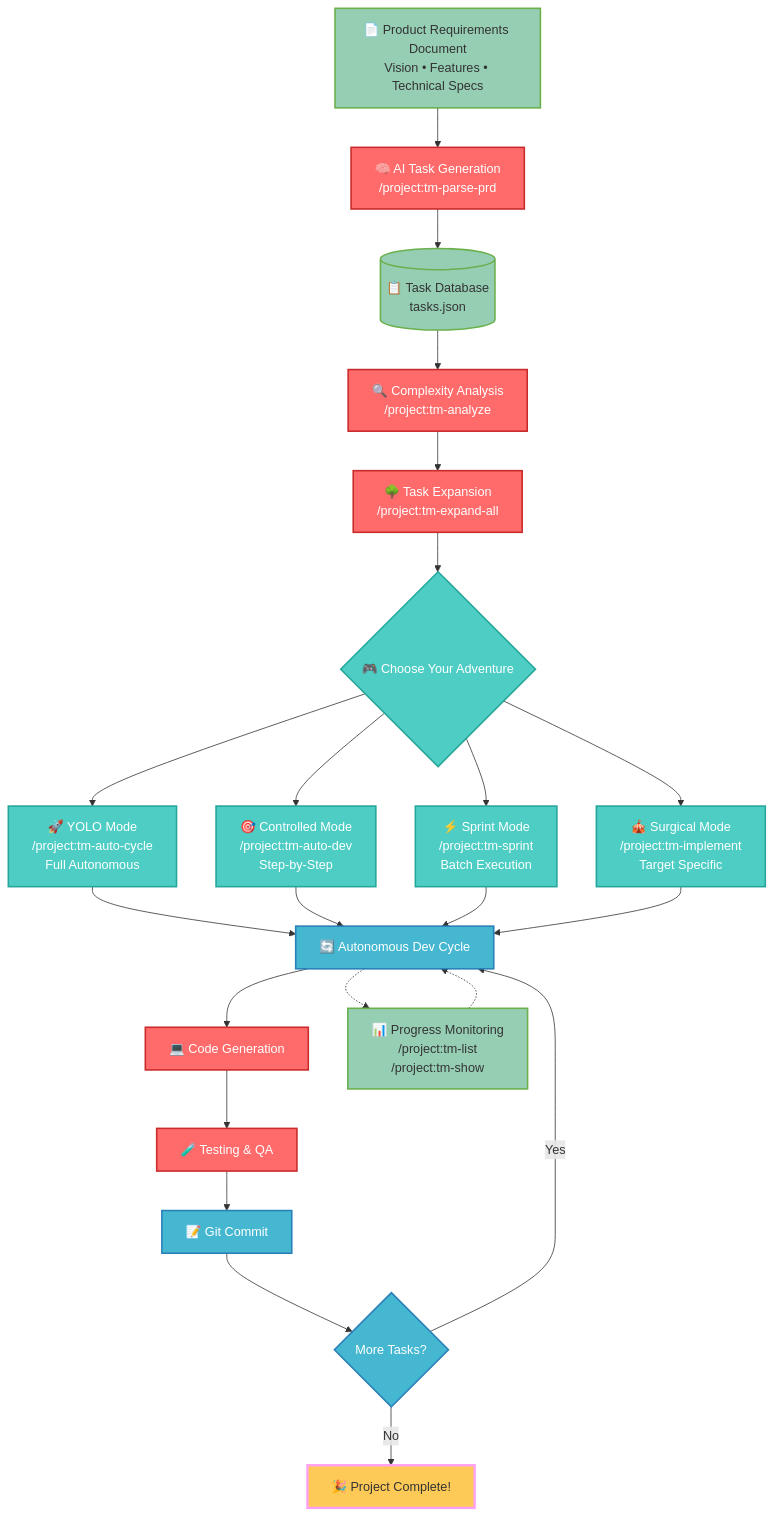
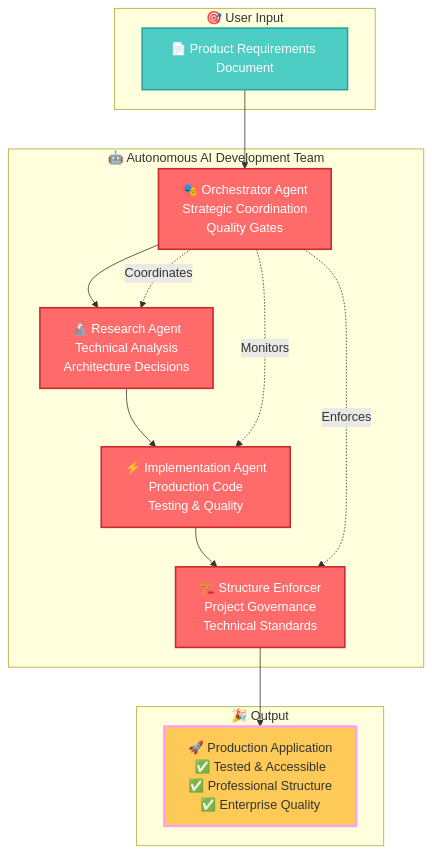
Before and after one commit to vanzan01/claude-code-sub-agent-collective: the first of 2 diagrams in README.md, drawn with Mermaid. The commit also changed other lines of this file and 84 other files, not shown here.

First line of the commit message:
Alpha Release v1.0.0-alpha: World's First Autonomous AI Development Team

````diff
--- a/README.md
+++ b/README.md
@@ -69,51 +29,35 @@
 ```mermaid
-flowchart TB
-    %% Input & Setup
-    PRD[📄 Product Requirements Document<br/>Vision • Features • Technical Specs]
+graph TB
+    subgraph "🎯 User Input"
+        PRD[📄 Product Requirements Document]
+    end
     
-    %% Core TaskMaster MCP Flow
-    PRD --> Parse[🧠 AI Task Generation<br/>/project:tm-parse-prd]
-    Parse --> Tasks[(📋 Task Database<br/>tasks.json)]
+    subgraph "🤖 Autonomous AI Development Team"
+        Orchestrator[🎭 Orchestrator Agent<br/>Strategic Coordination<br/>Quality Gates]
+        Research[🔬 Research Agent<br/>Technical Analysis<br/>Architecture Decisions]
+        Implementation[⚡ Implementation Agent<br/>Production Code<br/>Testing & Quality]
+        Structure[🏗️ Structure Enforcer<br/>Project Governance<br/>Technical Standards]
+    end
     
-    Tasks --> Analyze[🔍 Complexity Analysis<br/>/project:tm-analyze]
-    Analyze --> Expand[🌳 Task Expansion<br/>/project:tm-expand-all]
+    subgraph "🎉 Output"
+        App[🚀 Production Application<br/>✅ Tested & Accessible<br/>✅ Professional Structure<br/>✅ Enterprise Quality]
+    end
     
-    %% Engagement Modes
-    Expand --> Gateway{🎮 Choose Your Adventure}
+    PRD --> Orchestrator
+    Orchestrator --> Research
+    Research --> Implementation
+    Implementation --> Structure
+    Structure --> App
     
-    Gateway --> YOLO[🚀 YOLO Mode<br/>/project:tm-auto-cycle<br/>Full Autonomous]
-    Gateway --> Controlled[🎯 Controlled Mode<br/>/project:tm-auto-dev<br/>Step-by-Step]
-    Gateway --> Sprint[⚡ Sprint Mode<br/>/project:tm-sprint<br/>Batch Execution]
-    Gateway --> Surgical[🎪 Surgical Mode<br/>/project:tm-implement<br/>Target Specific]
+    Orchestrator -.->|Coordinates| Research
+    Orchestrator -.->|Monitors| Implementation
+    Orchestrator -.->|Enforces| Structure
     
-    %% Development Cycle
-    YOLO --> DevCycle[🔄 Autonomous Dev Cycle]
-    Controlled --> DevCycle
-    Sprint --> DevCycle
-    Surgical --> DevCycle
+    classDef agent fill:#ff6b6b,stroke:#c92a2a,stroke-width:2px,color:#fff
+    classDef input fill:#4ecdc4,stroke:#26a69a,stroke-width:2px,color:#fff
+    classDef output fill:#feca57,stroke:#ff9ff3,stroke-width:3px,color:#333
     
-    DevCycle --> CodeGen[💻 Code Generation]
-    CodeGen --> Tests[🧪 Testing & QA]
-    Tests --> Commit[📝 Git Commit]
-    Commit --> NextTask{More Tasks?}
-    
-    NextTask -->|Yes| DevCycle
-    NextTask -->|No| Complete[🎉 Project Complete!]
-    
-    %% Monitoring & Control
-    DevCycle -.-> Monitor[📊 Progress Monitoring<br/>/project:tm-list<br/>/project:tm-show]
-    Monitor -.-> DevCycle
-    
-    %% Styling
-    classDef aiProcess fill:#ff6b6b,stroke:#c92a2a,stroke-width:2px,color:#fff
-    classDef userChoice fill:#4ecdc4,stroke:#26a69a,stroke-width:2px,color:#fff
-    classDef automation fill:#45b7d1,stroke:#2980b9,stroke-width:2px,color:#fff
-    classDef data fill:#96ceb4,stroke:#6ab04c,stroke-width:2px,color:#333
-    classDef complete fill:#feca57,stroke:#ff9ff3,stroke-width:3px,color:#333
-    
-    class Parse,Analyze,Expand,CodeGen,Tests aiProcess
-    class Gateway,YOLO,Controlled,Sprint,Surgical userChoice
-    class DevCycle,Commit,NextTask automation
-    class PRD,Tasks,Monitor data
-    class Complete complete
+    class Orchestrator,Research,Implementation,Structure agent
+    class PRD input
+    class App output
 ```
````
